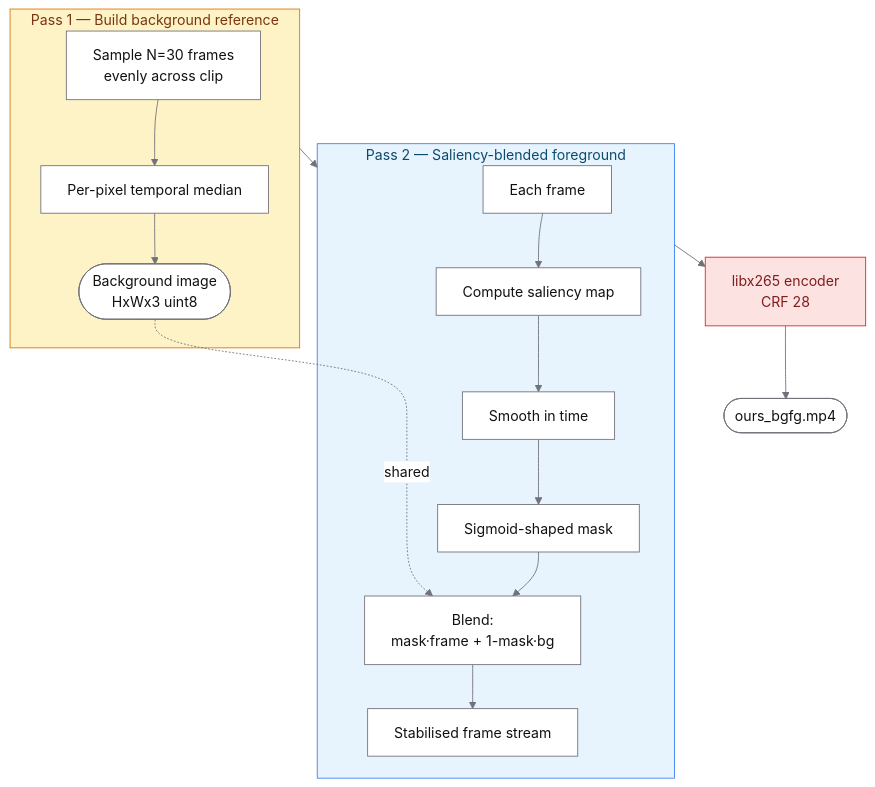
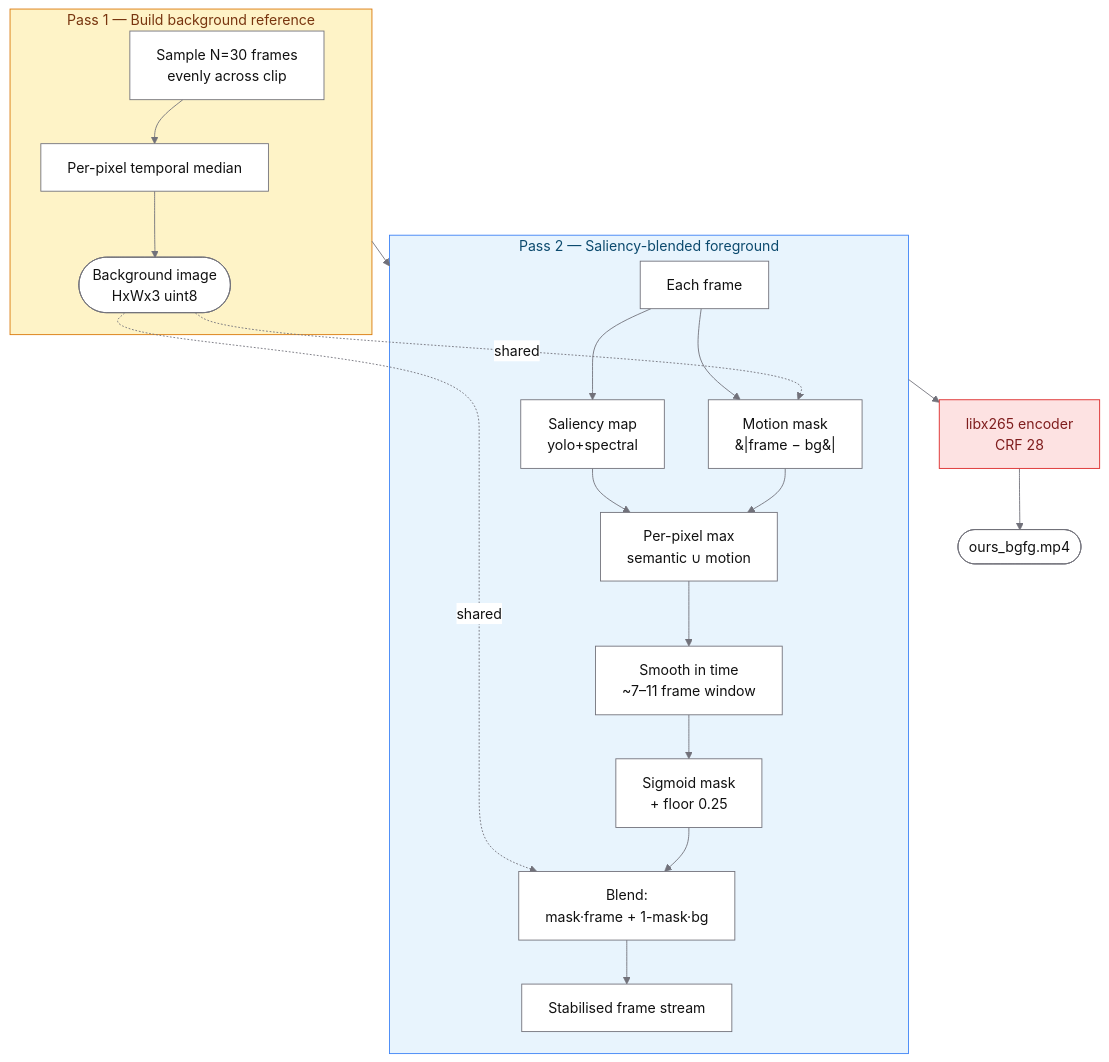
The second of 5 diagrams in docs/architecture.md (SaiAmartya/steam-icac-2026), drawn with Mermaid before and after one commit. The commit also changed other lines of this file, not shown here.

First line of the commit message:
Docs: fix architecture diagrams to match BgFgCodec implementation

````diff
--- a/docs/architecture.md
+++ b/docs/architecture.md
@@ -55,25 +54,29 @@
 ```mermaid
 %%{init: {'theme':'base','themeVariables':{'primaryColor':'#ffffff','primaryTextColor':'#111111','primaryBorderColor':'#71717a','lineColor':'#71717a','tertiaryColor':'#ffffff','clusterBkg':'#fafafa','clusterBorder':'#a1a1aa'}}}%%
 flowchart TB
     subgraph P1[Pass 1 — Build background reference]
         S1[Sample N=30 frames<br/>evenly across clip] --> S2[Per-pixel temporal median]
         S2 --> BG([Background image<br/>HxWx3 uint8])
     end
 
     subgraph P2[Pass 2 — Saliency-blended foreground]
-        F1[Each frame] --> F2[Compute saliency map]
-        F2 --> F3[Smooth in time]
-        F3 --> F4[Sigmoid-shaped mask]
+        F1[Each frame] --> F2[Saliency map<br/>yolo+spectral]
+        F1 --> FM[Motion mask<br/>&#124;frame − bg&#124;]
+        BG -.shared.-> FM
+        F2 --> FX[Per-pixel max<br/>semantic ∪ motion]
+        FM --> FX
+        FX --> F3[Smooth in time<br/>~7–11 frame window]
+        F3 --> F4[Sigmoid mask<br/>+ floor 0.25]
         BG -.shared.-> F5
         F4 --> F5[Blend:<br/>mask·frame + 1-mask·bg]
         F5 --> F6[Stabilised frame stream]
     end
 
     P1 --> P2
     P2 --> ENC[libx265 encoder<br/>CRF 28]
     ENC --> OUT([ours_bgfg.mp4])
 
     style P1 fill:#fef3c7,stroke:#d97706,color:#78350f
     style P2 fill:#e8f4fd,stroke:#3b82f6,color:#0c4a6e
     style ENC fill:#fde2e2,stroke:#dc2626,color:#7f1d1d
 ```
````
